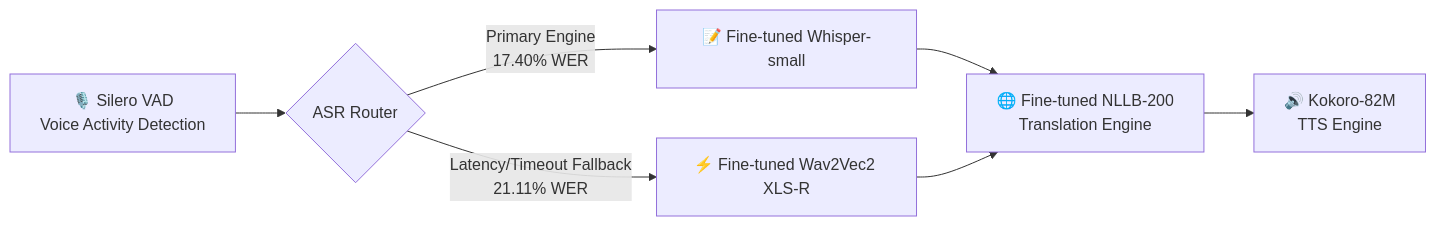
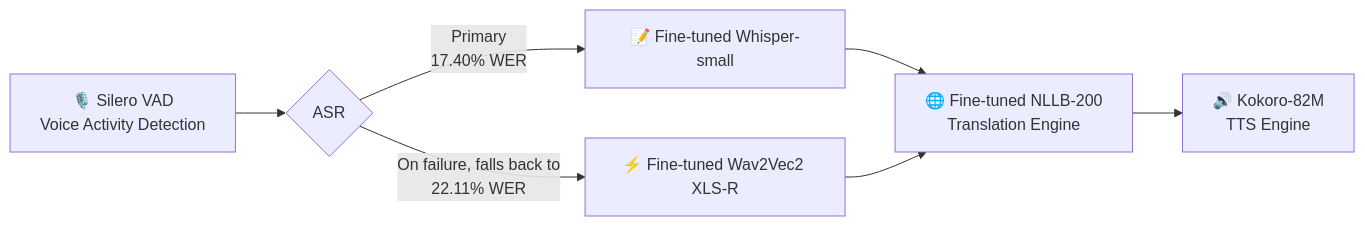
The diagram in README.md (YuvrajGujari/balti-tarjuman), drawn with Mermaid before and after one commit. The commit also changed other lines of this file, not shown here.

````diff
--- a/README.md
+++ b/README.md
@@ -31,9 +31,9 @@
 ```mermaid
 flowchart LR
-    A[🎙️ Silero VAD<br/>Voice Activity Detection] --> B{ASR Router}
-    B -- Primary Engine<br/>17.40% WER --> C[📝 Fine-tuned Whisper-small]
-    B -- Latency/Timeout Fallback<br/>21.11% WER --> D[⚡ Fine-tuned Wav2Vec2 XLS-R]
+    A[🎙️ Silero VAD<br/>Voice Activity Detection] --> B{ASR}
+    B -- Primary<br/>17.40% WER --> C[📝 Fine-tuned Whisper-small]
+    B -- On failure, falls back to<br/>22.11% WER --> D[⚡ Fine-tuned Wav2Vec2 XLS-R]
     C --> E[🌐 Fine-tuned NLLB-200<br/>Translation Engine]
     D --> E
     E --> F[🔊 Kokoro-82M<br/>TTS Engine]
 ```
````
